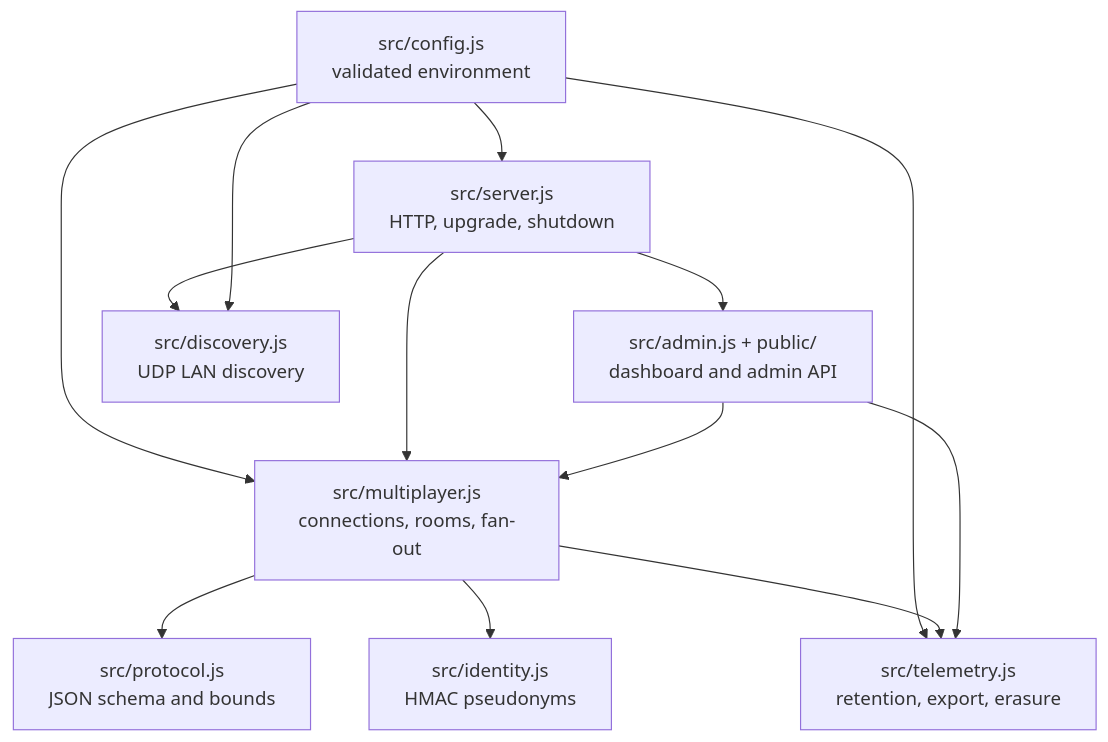
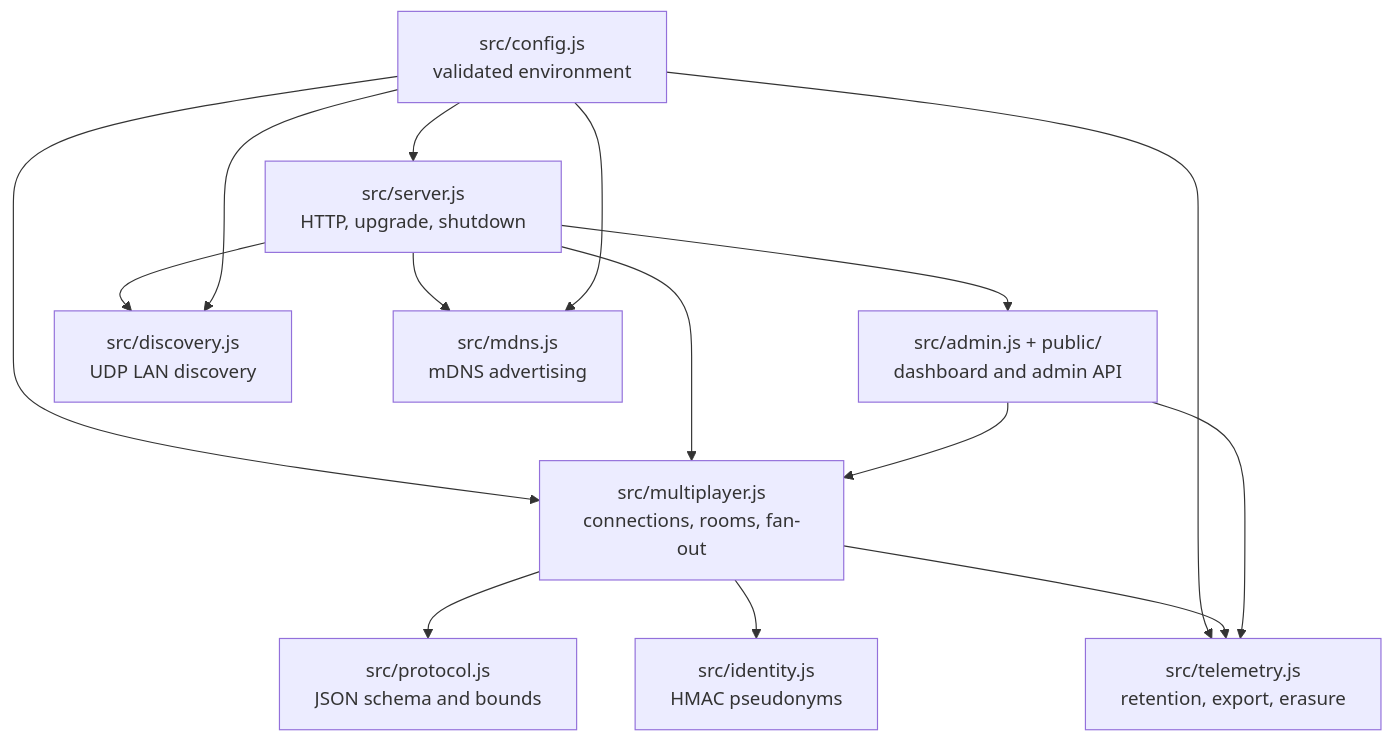
Before and after one commit to riscv-prg32/PRG32-Multiplayer-Server: the second of 5 diagrams in docs/architecture.md, drawn with Mermaid. The commit also changed other lines of this file and 9 other files, not shown here.

````diff
--- a/docs/architecture.md
+++ b/docs/architecture.md
@@ -50,24 +50,27 @@
 ```mermaid
 flowchart TB
   Config[src/config.js<br/>validated environment]
   HTTP[src/server.js<br/>HTTP, upgrade, shutdown]
   Protocol[src/protocol.js<br/>JSON schema and bounds]
   Relay[src/multiplayer.js<br/>connections, rooms, fan-out]
   ID[src/identity.js<br/>HMAC pseudonyms]
   Store[src/telemetry.js<br/>retention, export, erasure]
   Admin[src/admin.js + public/<br/>dashboard and admin API]
   Disc[src/discovery.js<br/>UDP LAN discovery]
+  Mdns[src/mdns.js<br/>mDNS advertising]
 
   Config --> HTTP
   Config --> Relay
   Config --> Store
   HTTP --> Relay
   Relay --> Protocol
   Relay --> ID
   Relay --> Store
   HTTP --> Admin
   Admin --> Store
   Admin --> Relay
   HTTP --> Disc
   Config --> Disc
+  HTTP --> Mdns
+  Config --> Mdns
 ```
````
